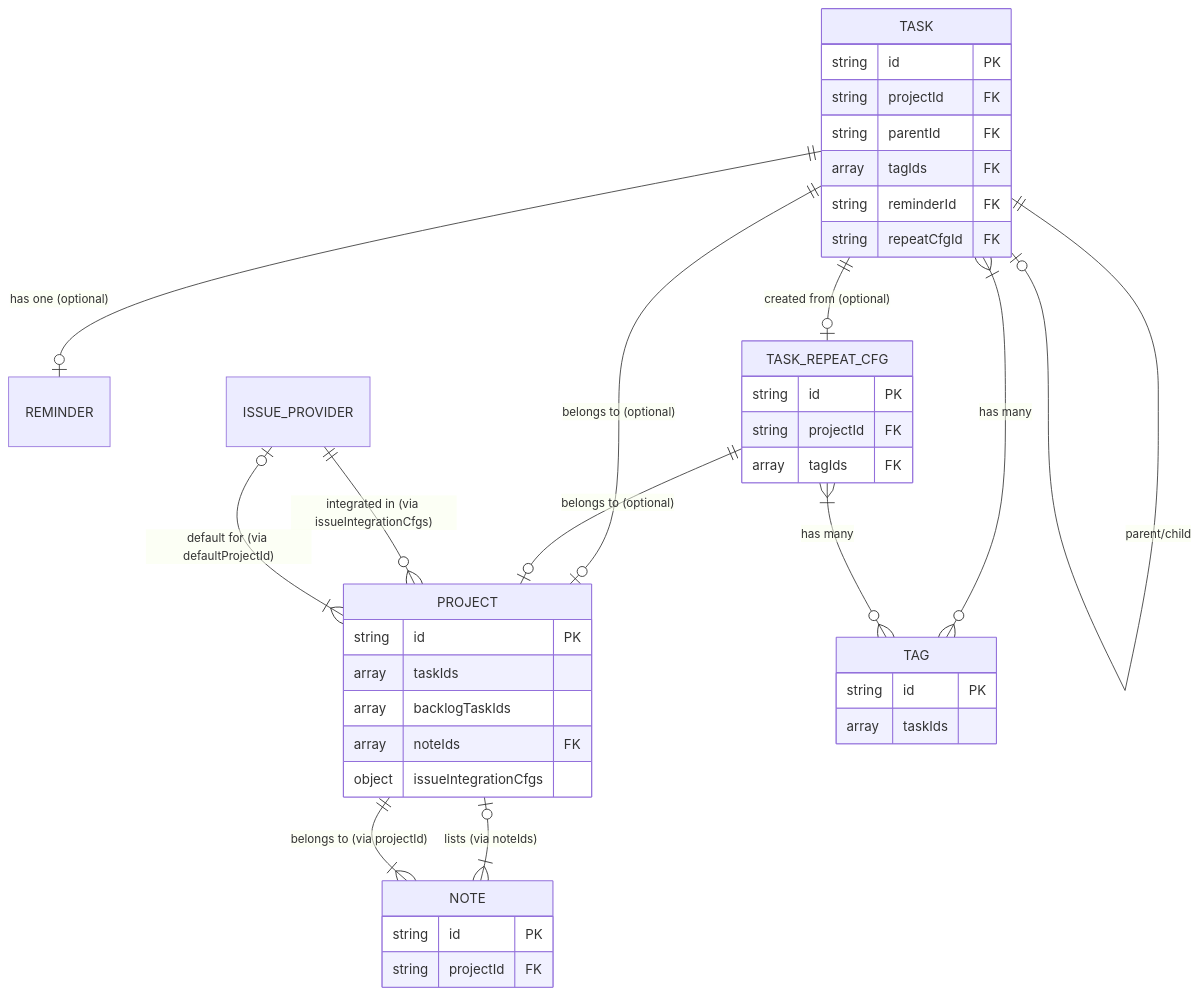
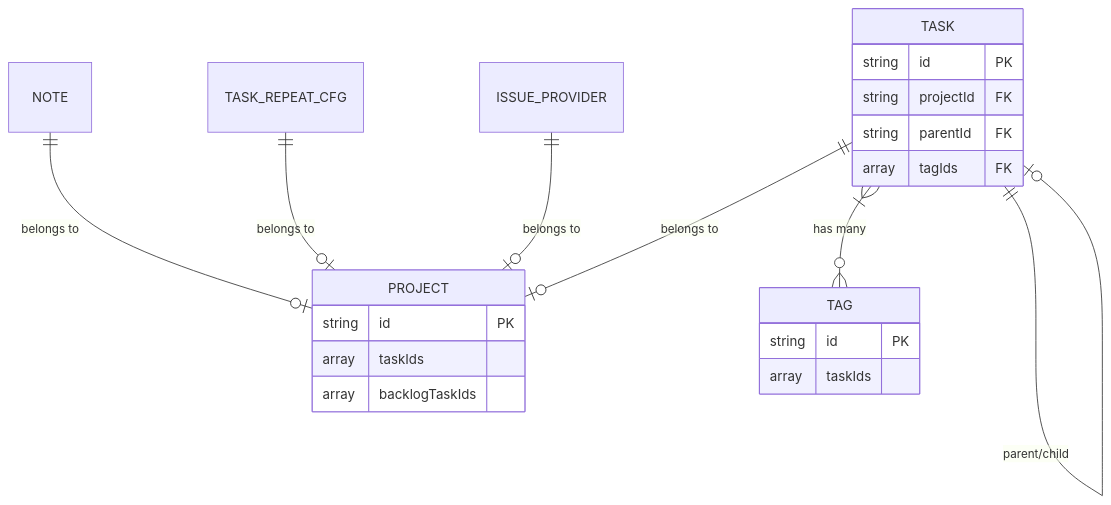
Before and after one commit to johannesjo/super-productivity: the third of 3 diagrams in docs/ai/operation-log-sync.md, drawn with Mermaid. The commit also changed other lines of this file and 2 other files, not shown here.

````diff
--- a/docs/ai/operation-log-sync.md
+++ b/docs/ai/operation-log-sync.md
@@ -557,46 +584,25 @@
 ```mermaid
 erDiagram
-    TASK ||--o| PROJECT : "belongs to (optional)"
+    TASK ||--o| PROJECT : "belongs to"
     TASK }|--o{ TAG : "has many"
     TASK ||--o| TASK : "parent/child"
-    TASK ||--o| REMINDER : "has one (optional)"
-    TASK ||--o| TASK_REPEAT_CFG : "created from (optional)"
-
-    NOTE }|--|| PROJECT : "belongs to (via projectId)"
-    PROJECT |o--|{ NOTE : "lists (via noteIds)"
-
-    TASK_REPEAT_CFG ||--o| PROJECT : "belongs to (optional)"
-    TASK_REPEAT_CFG }|--o{ TAG : "has many"
-
-    ISSUE_PROVIDER ||--o{ PROJECT : "integrated in (via issueIntegrationCfgs)"
-    ISSUE_PROVIDER |o--|{ PROJECT : "default for (via defaultProjectId)"
+    NOTE ||--o| PROJECT : "belongs to"
+    TASK_REPEAT_CFG ||--o| PROJECT : "belongs to"
+    ISSUE_PROVIDER ||--o| PROJECT : "belongs to"
 
     TASK {
         string id PK
         string projectId FK
         string parentId FK
         array tagIds FK
-        string reminderId FK
-        string repeatCfgId FK
     }
     PROJECT {
         string id PK
         array taskIds
         array backlogTaskIds
-        array noteIds FK
-        object issueIntegrationCfgs
     }
     TAG {
         string id PK
         array taskIds
     }
-    NOTE {
-        string id PK
-        string projectId FK
-    }
-    TASK_REPEAT_CFG {
-        string id PK
-        string projectId FK
-        array tagIds FK
-    }
 ```
````
